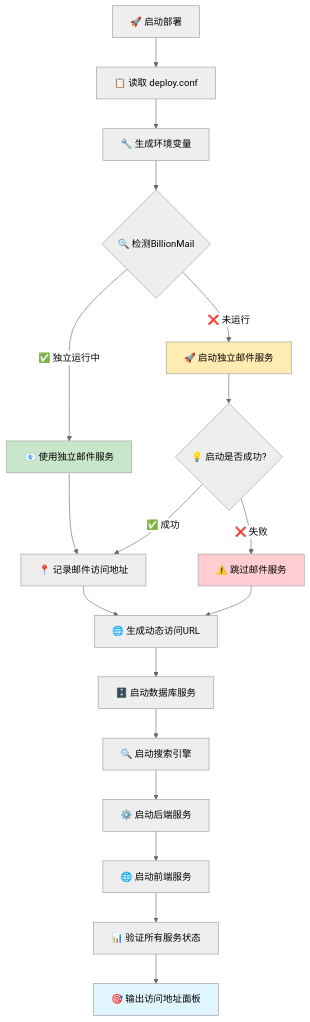
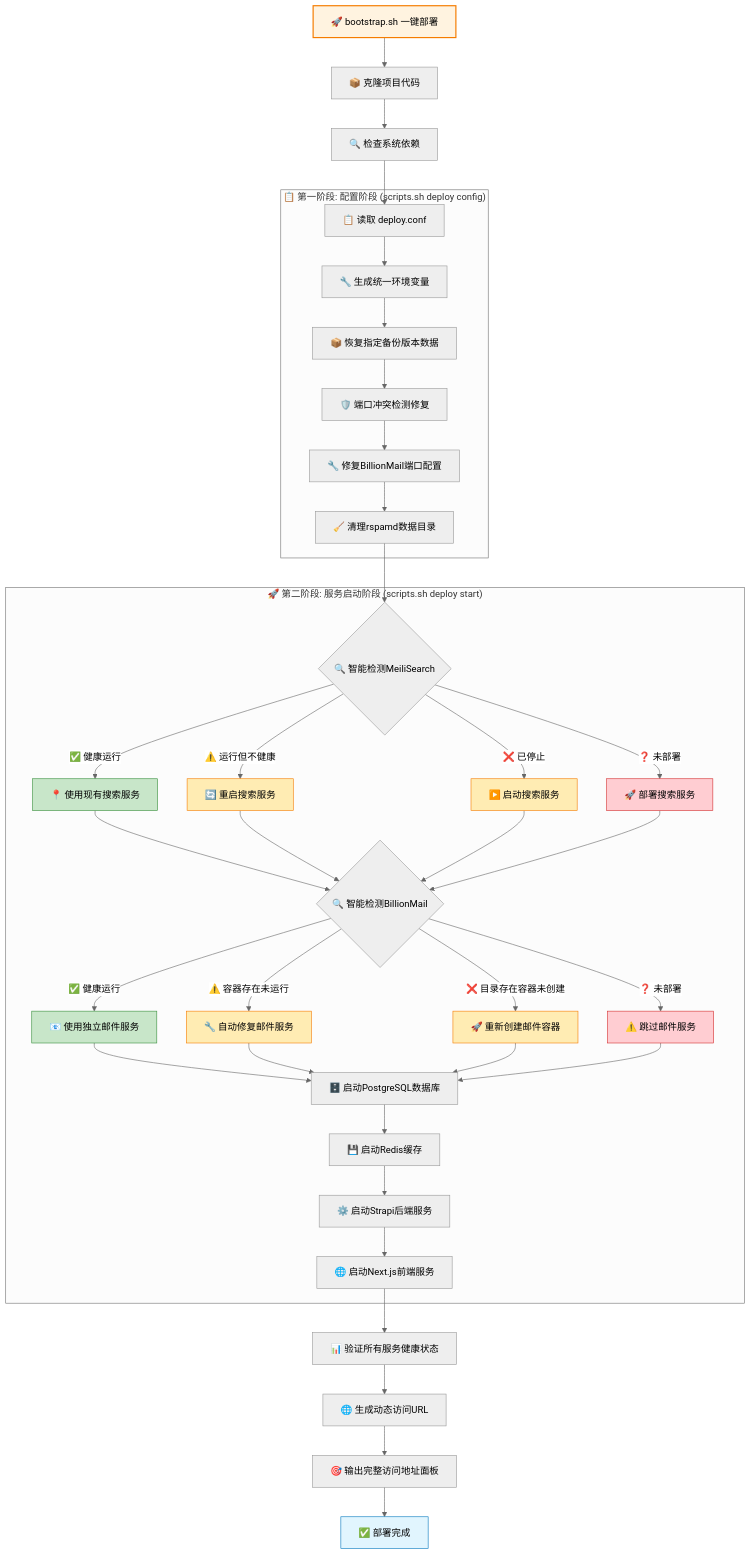
One commit to lyfe2025/aibianx changed the third of 4 diagrams in README.md. Above: the diagram before and after it, drawn with Mermaid (neutral theme). The commit also changed other lines of this file, not shown here.

````diff
--- a/README.md
+++ b/README.md
@@ -683,28 +765,63 @@
 ```mermaid
 flowchart TD
-    A[🚀 启动部署] --> B[📋 读取 deploy.conf]
-    B --> C[🔧 生成环境变量]
-    C --> D{🔍 检测BillionMail}
+    %% 一键部署入口
+    A[🚀 bootstrap.sh 一键部署] --> A1[📦 克隆项目代码]
+    A1 --> A2[🔍 检查系统依赖]
+    A2 --> B
     
-    D -->|✅ 独立运行中| E[📧 使用独立邮件服务]
-    D -->|❌ 未运行| F[🚀 启动独立邮件服务]
+    %% 第一阶段：配置阶段
+    subgraph "📋 第一阶段: 配置阶段 (scripts.sh deploy config)"
+        B[📋 读取 deploy.conf] --> C[🔧 生成统一环境变量]
+        C --> C1[📦 恢复指定备份版本数据]
+        C1 --> C2[🛡️ 端口冲突检测修复]
+        C2 --> C3[🔧 修复BillionMail端口配置]
+        C3 --> C4[🧹 清理rspamd数据目录]
+    end
     
-    E --> G[📍 记录邮件访问地址]
-    F --> H{💡 启动是否成功?}
-    H -->|✅ 成功| G
-    H -->|❌ 失败| I[⚠️ 跳过邮件服务]
+    %% 第二阶段：服务启动阶段
+    subgraph "🚀 第二阶段: 服务启动阶段 (scripts.sh deploy start)"
+        C4 --> D{🔍 智能检测MeiliSearch}
+        D -->|✅ 健康运行| E1[📍 使用现有搜索服务]
+        D -->|⚠️ 运行但不健康| E2[🔄 重启搜索服务]
+        D -->|❌ 已停止| E3[▶️ 启动搜索服务]
+        D -->|❓ 未部署| E4[🚀 部署搜索服务]
+        
+        E1 --> F
+        E2 --> F
+        E3 --> F
+        E4 --> F
+        
+        F{🔍 智能检测BillionMail} 
+        F -->|✅ 健康运行| G1[📧 使用独立邮件服务]
+        F -->|⚠️ 容器存在未运行| G2[🔧 自动修复邮件服务]
+        F -->|❌ 目录存在容器未创建| G3[🚀 重新创建邮件容器]
+        F -->|❓ 未部署| G4[⚠️ 跳过邮件服务]
+        
+        G1 --> H
+        G2 --> H
+        G3 --> H
+        G4 --> H
+        
+        H[🗄️ 启动PostgreSQL数据库] --> I[💾 启动Redis缓存]
+        I --> J[⚙️ 启动Strapi后端服务]
+        J --> K[🌐 启动Next.js前端服务]
+    end
     
-    G --> J[🌐 生成动态访问URL]
-    I --> J
-    J --> K[🗄️ 启动数据库服务]
-    K --> L[🔍 启动搜索引擎]
-    L --> M[⚙️ 启动后端服务]
-    M --> N[🌐 启动前端服务]
-    N --> O[📊 验证所有服务状态]
-    O --> P[🎯 输出访问地址面板]
+    %% 验证和输出阶段
+    K --> L[📊 验证所有服务健康状态]
+    L --> M[🌐 生成动态访问URL]
+    M --> N[🎯 输出完整访问地址面板]
+    N --> O[✅ 部署完成]
     
-    style E fill:#c8e6c9
-    style F fill:#ffecb3
-    style I fill:#ffcdd2
-    style P fill:#e1f5fe
+    %% 样式定义
+    style A fill:#fff3e0,stroke:#f57c00,stroke-width:2px
+    style E1 fill:#c8e6c9,stroke:#388e3c
+    style E2 fill:#ffecb3,stroke:#f57c00
+    style E3 fill:#ffecb3,stroke:#f57c00
+    style E4 fill:#ffcdd2,stroke:#d32f2f
+    style G1 fill:#c8e6c9,stroke:#388e3c
+    style G2 fill:#ffecb3,stroke:#f57c00
+    style G3 fill:#ffecb3,stroke:#f57c00
+    style G4 fill:#ffcdd2,stroke:#d32f2f
+    style O fill:#e1f5fe,stroke:#0277bd
 ```
````
